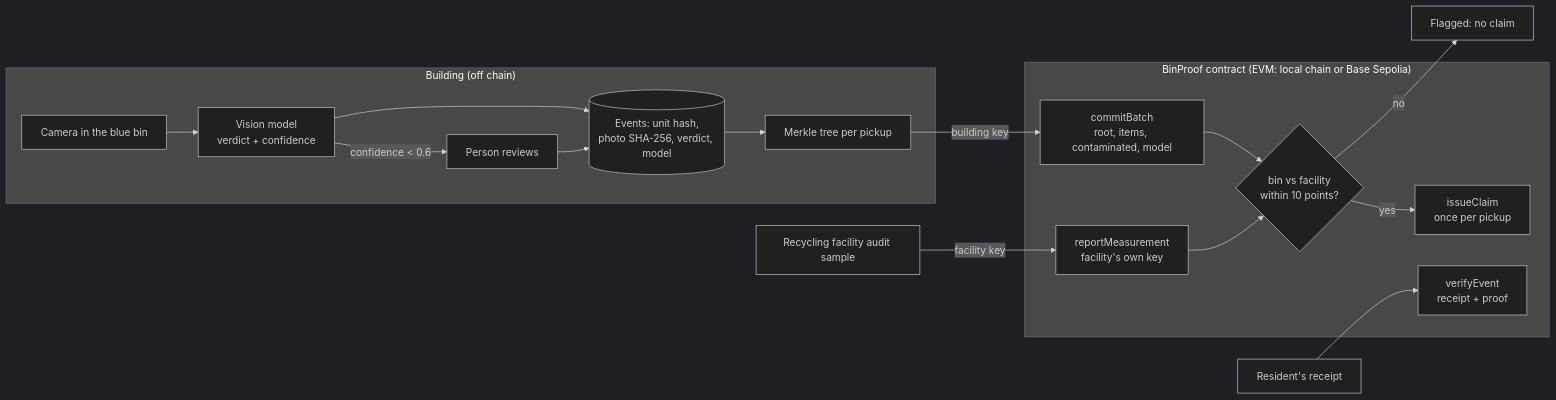
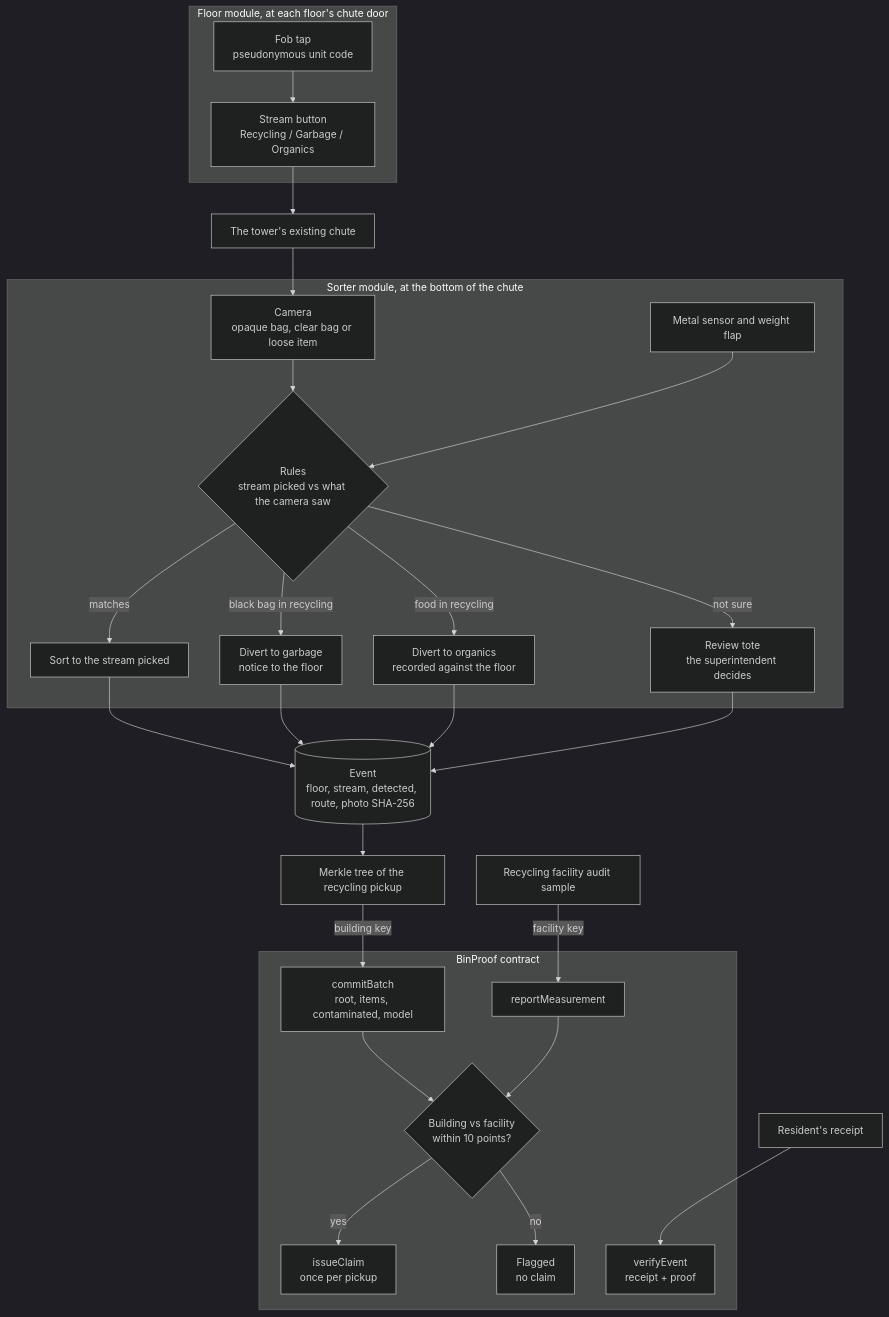
Before and after one commit to sidharthnair7/BinProof: the diagram in README.md, drawn with Mermaid (dark theme). The commit also changed other lines of this file and 14 other files, not shown here.

````diff
--- a/README.md
+++ b/README.md
@@ -25,24 +53,36 @@
 ```mermaid
-flowchart LR
-  subgraph Building["Building (off chain)"]
-    CAM[Camera in the blue bin] --> AI[Vision model<br/>verdict + confidence]
-    AI -->|confidence < 0.6| HUMAN[Person reviews]
-    AI --> EV[(Events: unit hash,<br/>photo SHA-256, verdict, model)]
-    HUMAN --> EV
-    EV --> TREE[Merkle tree per pickup]
+flowchart TB
+  subgraph Floor["Floor module, at each floor's chute door"]
+    FOB["Fob tap<br/>pseudonymous unit code"] --> BTN["Stream button<br/>Recycling / Garbage / Organics"]
   end
-  subgraph Chain["BinProof contract (EVM: local chain or Base Sepolia)"]
-    COMMIT[commitBatch<br/>root, items, contaminated, model]
-    MEAS[reportMeasurement<br/>facility's own key]
-    REC{bin vs facility<br/>within 10 points?}
-    CLAIM[issueClaim<br/>once per pickup]
-    VERIFY[verifyEvent<br/>receipt + proof]
+  BTN --> CHUTE["The tower's existing chute"]
+  subgraph Sorter["Sorter module, at the bottom of the chute"]
+    CAM["Camera<br/>opaque bag, clear bag or loose item"] --> RULES{"Rules<br/>stream picked vs what the camera saw"}
+    SENS["Metal sensor and weight flap"] --> RULES
+    RULES -->|"matches"| ROUTE["Sort to the stream picked"]
+    RULES -->|"black bag in recycling"| DIVERT["Divert to garbage<br/>notice to the floor"]
+    RULES -->|"food in recycling"| TOORG["Divert to organics<br/>recorded against the floor"]
+    RULES -->|"not sure"| REVIEW["Review tote<br/>the superintendent decides"]
   end
-  TREE -->|building key| COMMIT
-  FAC[Recycling facility audit sample] -->|facility key| MEAS
-  COMMIT --> REC
-  MEAS --> REC
-  REC -->|yes| CLAIM
-  REC -->|no| FLAG[Flagged: no claim]
-  RES[Resident's receipt] --> VERIFY
+  CHUTE --> CAM
+  ROUTE --> EVENT[("Event<br/>floor, stream, detected, route, photo SHA-256")]
+  DIVERT --> EVENT
+  TOORG --> EVENT
+  REVIEW --> EVENT
+  EVENT --> TREE["Merkle tree of the recycling pickup"]
+  subgraph Chain["BinProof contract"]
+    COMMIT["commitBatch<br/>root, items, contaminated, model"]
+    MEAS["reportMeasurement"]
+    CHECK{"Building vs facility<br/>within 10 points?"}
+    CLAIM["issueClaim<br/>once per pickup"]
+    FLAG["Flagged<br/>no claim"]
+    VERIFY["verifyEvent<br/>receipt + proof"]
+  end
+  TREE -->|"building key"| COMMIT
+  FAC["Recycling facility audit sample"] -->|"facility key"| MEAS
+  COMMIT --> CHECK
+  MEAS --> CHECK
+  CHECK -->|"yes"| CLAIM
+  CHECK -->|"no"| FLAG
+  RECEIPT["Resident's receipt"] --> VERIFY
 ```
````
